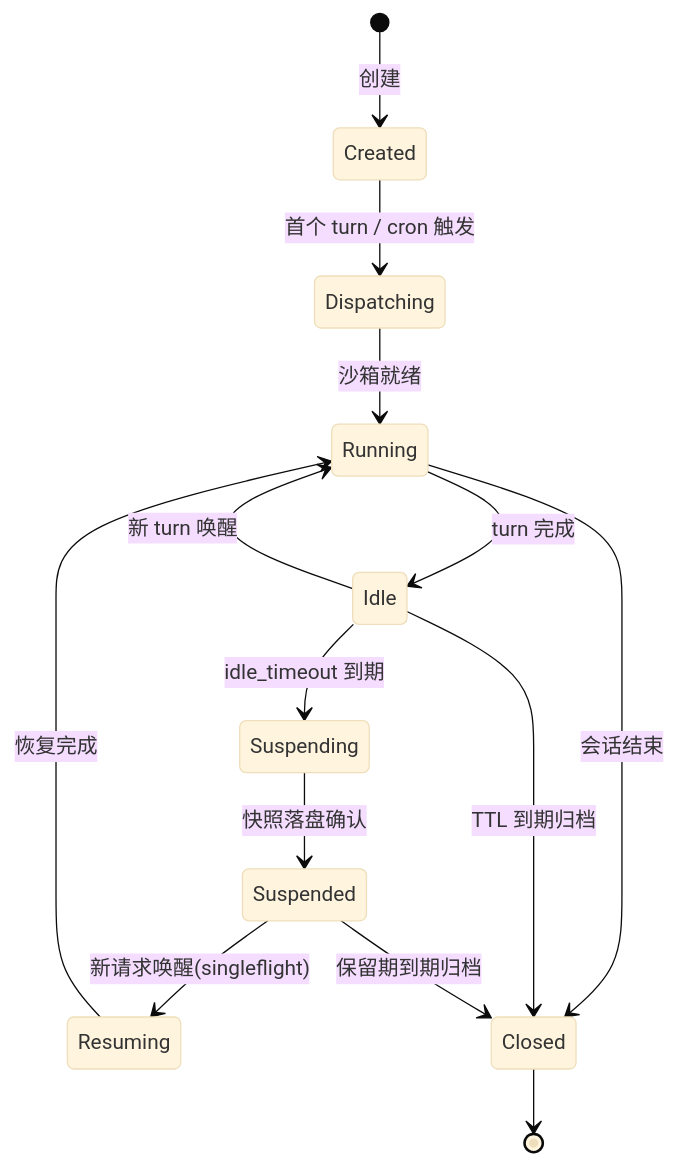
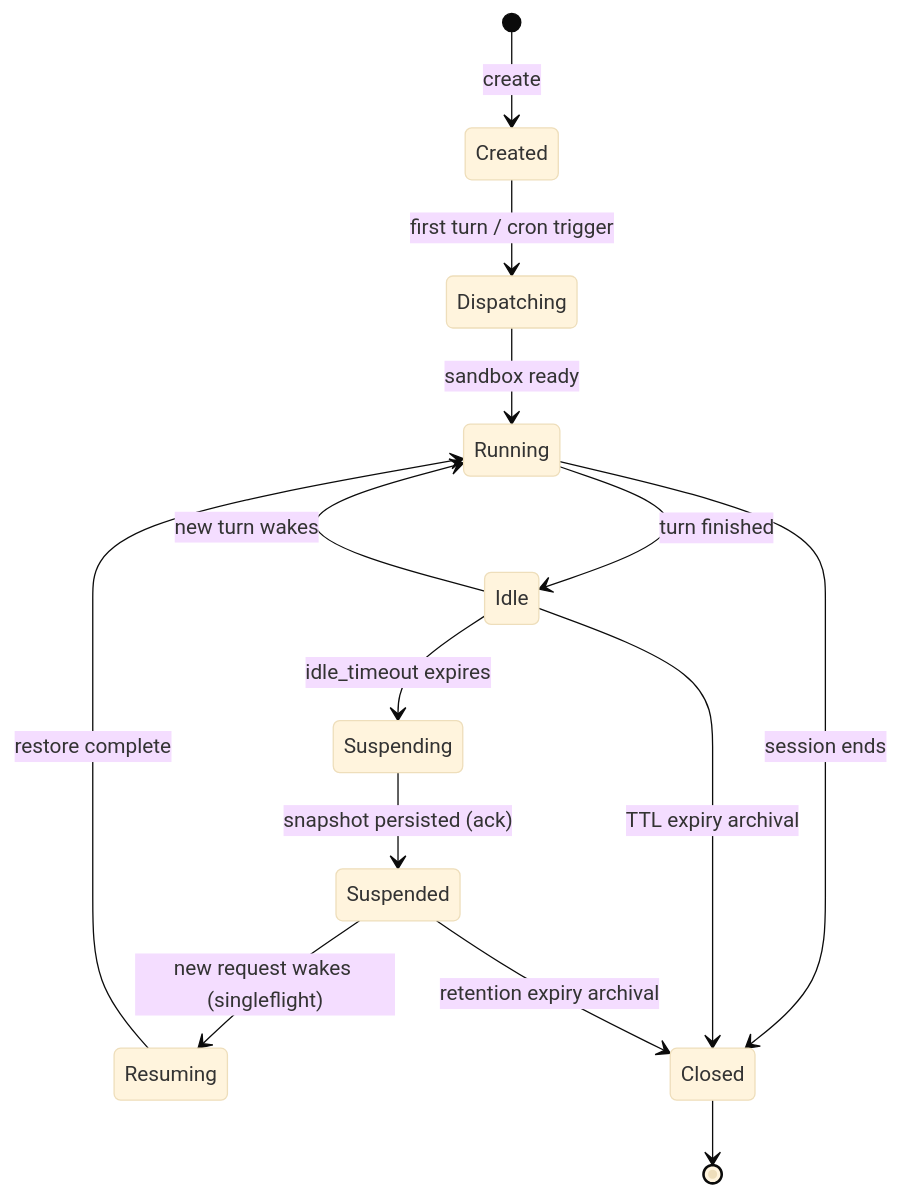
Before and after one commit to Woody-Hu/whirlwind: the third of 4 diagrams in agent-runtime-architecture.md, drawn with Mermaid (base theme). The commit also changed other lines of this file and 4 other files, not shown here.

````diff
--- a/agent-runtime-architecture.md
+++ b/agent-runtime-architecture.md
@@ -549,16 +454,16 @@
 ```mermaid
 stateDiagram-v2
-  [*] --> Created: 创建
-  Created --> Dispatching: 首个 turn / cron 触发
-  Dispatching --> Running: 沙箱就绪
-  Running --> Idle: turn 完成
-  Idle --> Running: 新 turn 唤醒
-  Idle --> Suspending: idle_timeout 到期
-  Suspending --> Suspended: 快照落盘确认
-  Suspended --> Resuming: 新请求唤醒(singleflight)
-  Resuming --> Running: 恢复完成
-  Running --> Closed: 会话结束
-  Idle --> Closed: TTL 到期归档
-  Suspended --> Closed: 保留期到期归档
+  [*] --> Created: create
+  Created --> Dispatching: first turn / cron trigger
+  Dispatching --> Running: sandbox ready
+  Running --> Idle: turn finished
+  Idle --> Running: new turn wakes
+  Idle --> Suspending: idle_timeout expires
+  Suspending --> Suspended: snapshot persisted (ack)
+  Suspended --> Resuming: new request wakes (singleflight)
+  Resuming --> Running: restore complete
+  Running --> Closed: session ends
+  Idle --> Closed: TTL expiry archival
+  Suspended --> Closed: retention expiry archival
   Closed --> [*]
 ```
````
